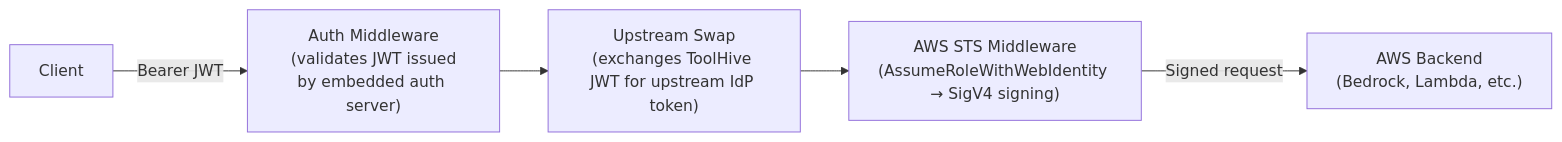
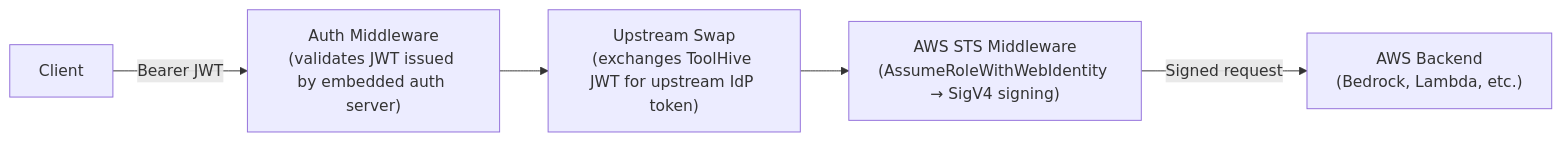
One commit to stacklok/toolhive-rfcs changed the diagram in rfcs/THV-0050-embedded-as-with-aws-sts.md. Above: the diagram before and after it, drawn with Mermaid. The commit also changed other lines of this file, not shown here.

Commit message:
Reworked: authServerRef replaces awsStsConfigRef approach

````diff
--- a/rfcs/THV-0050-embedded-as-with-aws-sts.md
+++ b/rfcs/THV-0050-embedded-as-with-aws-sts.md
@@ -51,7 +56,7 @@
 ```mermaid
 flowchart LR
-    Client -->|Bearer JWT| AuthMiddleware["Auth Middleware<br>(validates JWT issued\nby embedded auth server)"]
+    Client -->|Bearer JWT| AuthMiddleware["Auth Middleware<br>(validates JWT issued by embedded auth server)"]
     AuthMiddleware --> UpstreamSwap["Upstream Swap<br>(exchanges ToolHive JWT for upstream IdP token)"]
     UpstreamSwap --> STSMiddleware["AWS STS Middleware<br>(AssumeRoleWithWebIdentity → SigV4 signing)"]
     STSMiddleware -->|Signed request| AWSBackend["AWS Backend<br>(Bedrock, Lambda, etc.)"]
 ```
````
